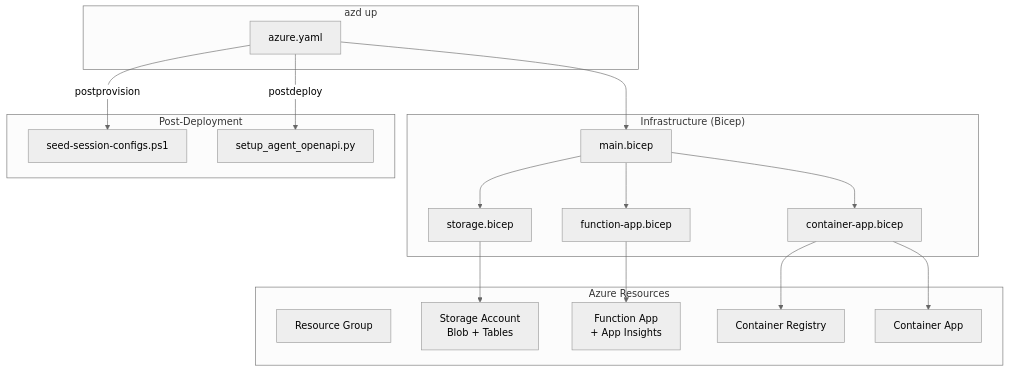
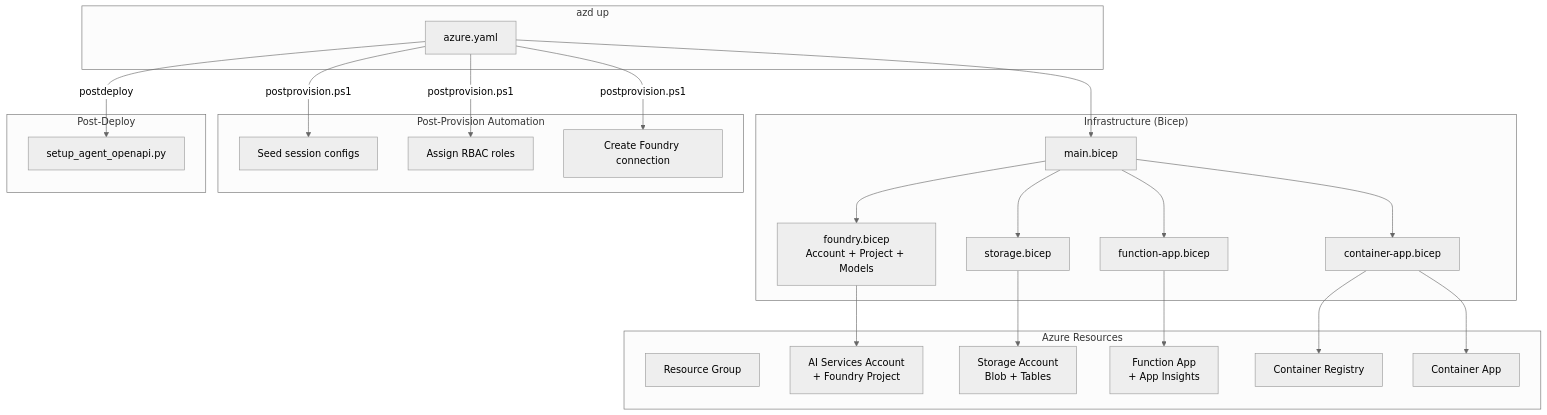
Before and after one commit to microsoft-foundry/voicelive-evaluation: the second of 13 diagrams in evaluation_agent_v3/ARCHITECTURE.md, drawn with Mermaid (neutral theme). The commit also changed other lines of this file and 1 other file, not shown here.

First line of the commit message:
docs: Update ARCHITECTURE.md and README.md for Foundry Bicep integration

````diff
--- a/evaluation_agent_v3/ARCHITECTURE.md
+++ b/evaluation_agent_v3/ARCHITECTURE.md
@@ -74,37 +74,48 @@
 ```mermaid
 graph TB
     subgraph "azd up"
         AZD[azure.yaml]
     end
     
     subgraph "Infrastructure (Bicep)"
         Main[main.bicep]
+        Foundry[foundry.bicep<br/>Account + Project + Models]
         Storage[storage.bicep]
         Func[function-app.bicep]
         CA[container-app.bicep]
     end
     
     subgraph "Azure Resources"
         RG[Resource Group]
+        AIF[AI Services Account<br/>+ Foundry Project]
         ST[Storage Account<br/>Blob + Tables]
         FUNC[Function App<br/>+ App Insights]
         ACR[Container Registry]
         CAP[Container App]
     end
     
-    subgraph "Post-Deployment"
-        Seed[seed-session-configs.ps1]
+    subgraph "Post-Provision Automation"
+        Seed[Seed session configs]
+        RBAC[Assign RBAC roles]
+        Conn[Create Foundry connection]
+    end
+    
+    subgraph "Post-Deploy"
         Agent[setup_agent_openapi.py]
     end
     
     AZD --> Main
+    Main --> Foundry
     Main --> Storage
     Main --> Func
     Main --> CA
+    Foundry --> AIF
     Storage --> ST
     Func --> FUNC
     CA --> ACR
     CA --> CAP
-    AZD -->|postprovision| Seed
+    AZD -->|postprovision.ps1| Seed
+    AZD -->|postprovision.ps1| RBAC
+    AZD -->|postprovision.ps1| Conn
     AZD -->|postdeploy| Agent
 ```
````
